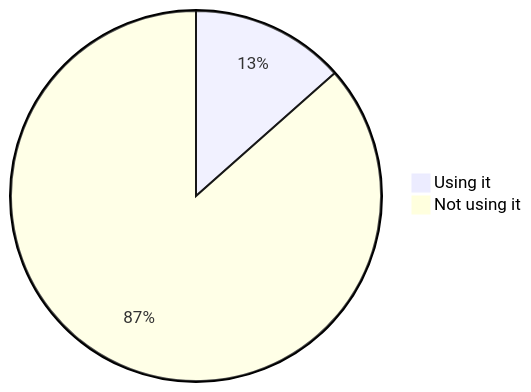
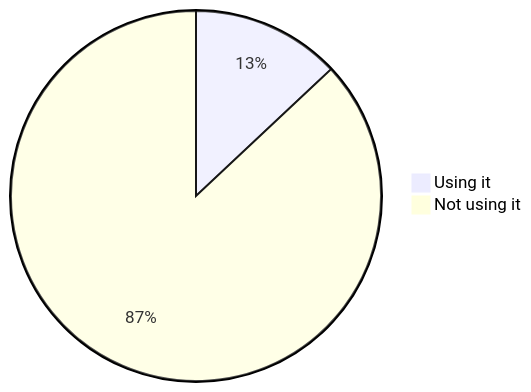
One commit to oshp/oshp-stats changed diagram 13 of 22 in stats.md. Above: the diagram before and after it, drawn with Mermaid. The commit also changed other lines of this file, not shown here.

````diff
--- a/stats.md
+++ b/stats.md
@@ -154,6 +154,6 @@
 ```mermaid
 pie
-	"Using it" : 13.46
-	"Not using it" : 86.54
+	"Using it" : 13.0
+	"Not using it" : 87.0
 
 ```
````
